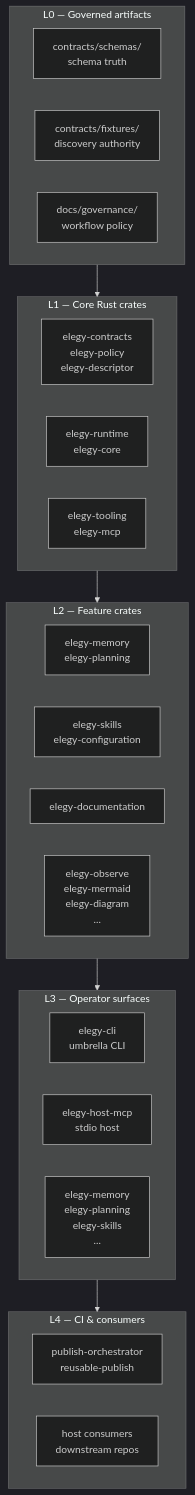
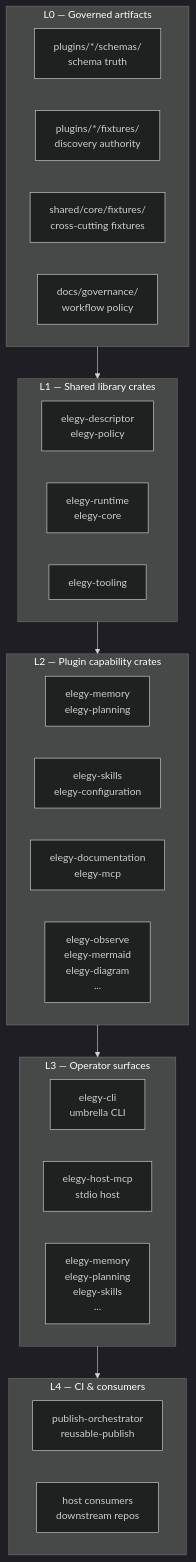
The third of 3 diagrams in docs/architecture/ecosystem-topology.md (Sofreshx/Elegy), drawn with Mermaid (dark theme) before and after one commit. The commit also changed other lines of this file and 119 other files, not shown here.

First line of the commit message:
refactor: co-locate artifacts with plugins, dissolve shared/contracts

````diff
--- a/docs/architecture/ecosystem-topology.md
+++ b/docs/architecture/ecosystem-topology.md
@@ -191,37 +201,38 @@
 ```mermaid
 flowchart TB
     subgraph L0["L0 — Governed artifacts"]
-        schemas["contracts/schemas/\nschema truth"]
-        fixtures["contracts/fixtures/\ndiscovery authority"]
+        schemas["plugins/*/schemas/\nschema truth"]
+        fixtures_l0["plugins/*/fixtures/\ndiscovery authority"]
+        crosscuts_l0["shared/core/fixtures/\ncross-cutting fixtures"]
         policy["docs/governance/\nworkflow policy"]
     end
 
-    subgraph L1["L1 — Core Rust crates"]
-        contracts["elegy-contracts\nelegy-policy\nelegy-descriptor"]
+    subgraph L1["L1 — Shared library crates"]
+        contracts["elegy-descriptor\nelegy-policy"]
         runtime["elegy-runtime\nelegy-core"]
-        tooling["elegy-tooling\nelegy-mcp"]
+        tooling["elegy-tooling"]
     end
 
-    subgraph L2["L2 — Feature crates"]
+    subgraph L2["L2 — Plugin capability crates"]
         memory["elegy-memory\nelegy-planning"]
         skills["elegy-skills\nelegy-configuration"]
-        docs_feat["elegy-documentation"]
+        docs_feat["elegy-documentation\nelegy-mcp"]
         other["elegy-observe\nelegy-mermaid\nelegy-diagram\n..."]
     end
 
     subgraph L3["L3 — Operator surfaces"]
         cli["elegy-cli\numbrella CLI"]
         host["elegy-host-mcp\nstdio host"]
         dedicated["elegy-memory\nelegy-planning\nelegy-skills\n..."]
     end
 
     subgraph L4["L4 — CI & consumers"]
         ci["publish-orchestrator\nreusable-publish"]
         consumers["host consumers\ndownstream repos"]
     end
 
     L0 --> L1
     L1 --> L2
     L2 --> L3
     L3 --> L4
 ```
````
